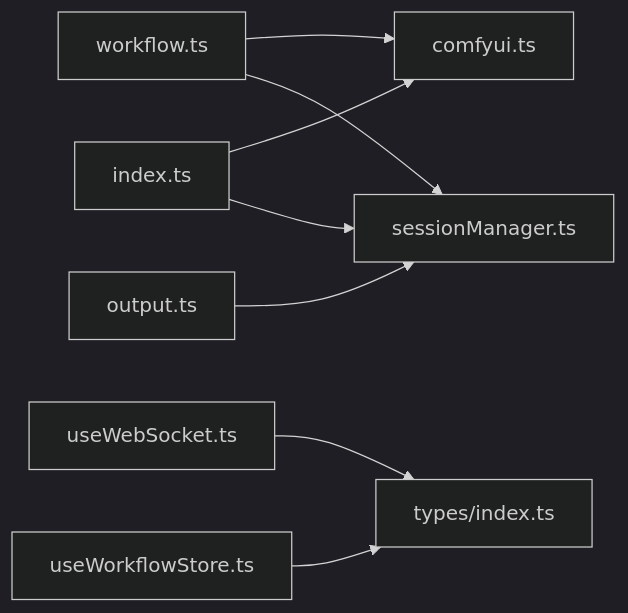
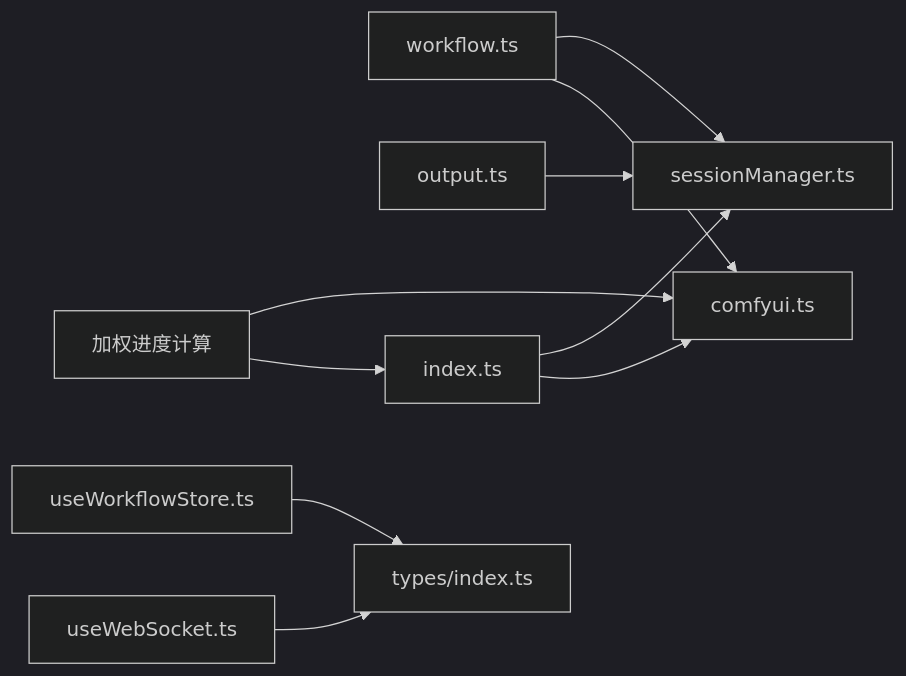
Before and after one commit to billye220670/CorineKit_Pix2Real: the sixth of 6 diagrams in .qoder/repowiki/zh/content/后端服务/ComfyUI 集成.md, drawn with Mermaid (dark theme). The commit also changed other lines of this file and 13 other files, not shown here.

````diff
--- a/.qoder/repowiki/zh/content/后端服务/ComfyUI 集成.md
+++ b/.qoder/repowiki/zh/content/后端服务/ComfyUI 集成.md
@@ -316,10 +433,12 @@
 ```mermaid
 graph LR
 WF["workflow.ts"] --> SVC["comfyui.ts"]
 WF --> SM["sessionManager.ts"]
 OUT["output.ts"] --> SM
 IDX["index.ts"] --> SVC
 IDX --> SM
 FE_WS["useWebSocket.ts"] --> FE_TYPES["types/index.ts"]
 FE_STORE["useWorkflowStore.ts"] --> FE_TYPES
+PROGRESS["加权进度计算"] --> IDX
+PROGRESS --> SVC
 ```
````
